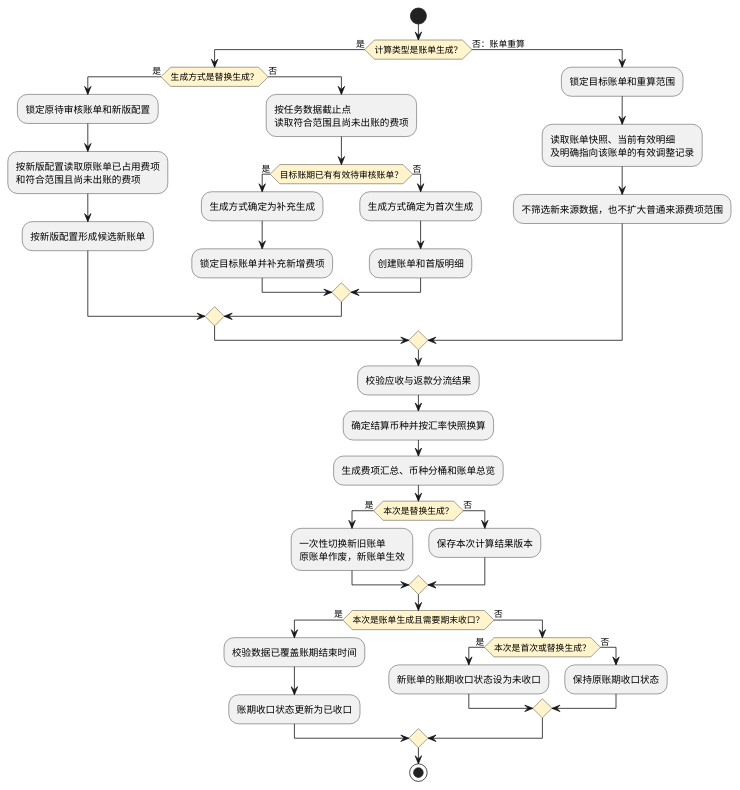
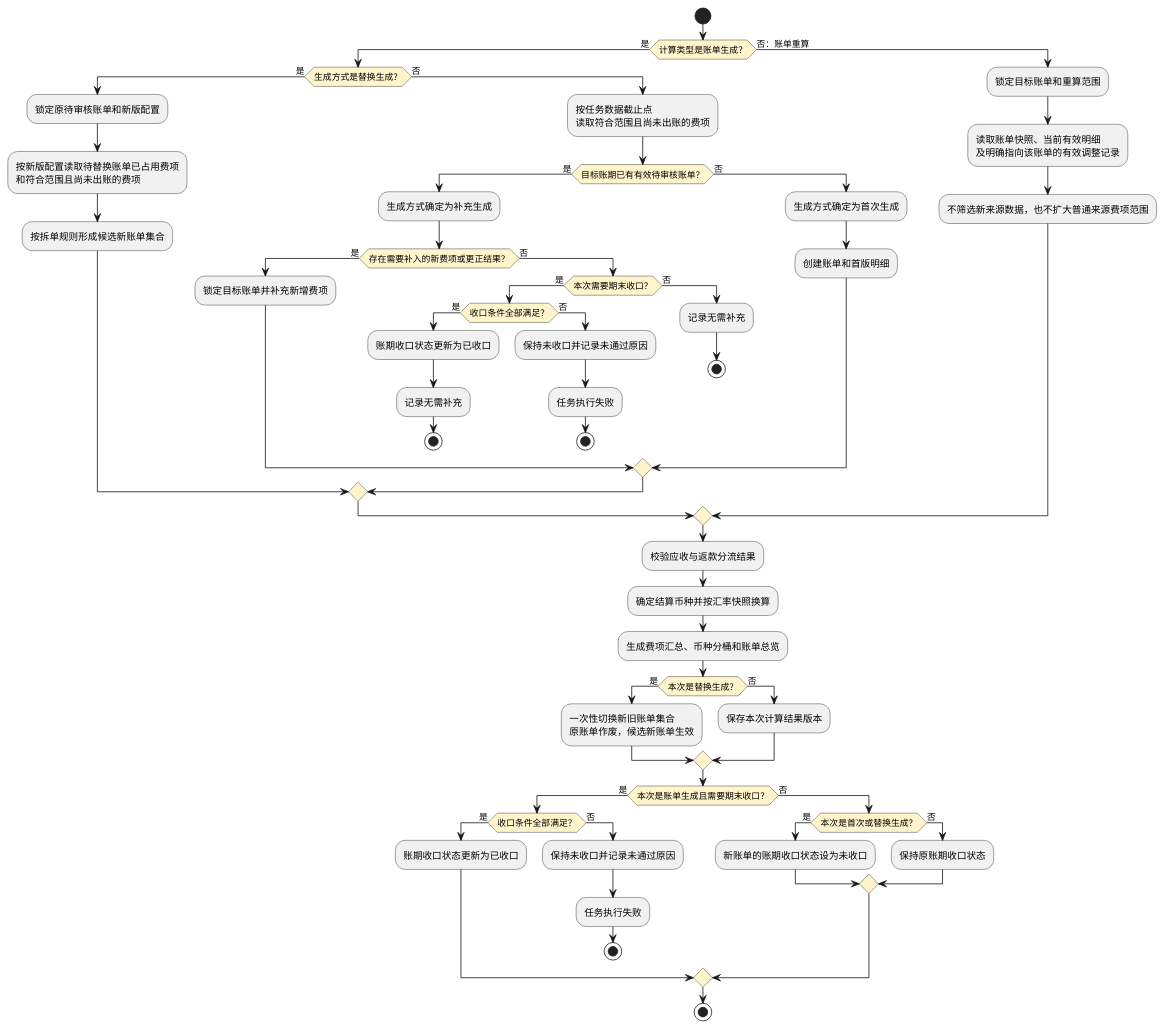
Before and after one commit to jack888332/projects-doc: the tenth of 19 diagrams in product-caliber/bms/prd/账单系统.PRD.md, drawn with PlantUML. The commit also changed other lines of this file, not shown here.

````diff
--- a/product-caliber/bms/prd/账单系统.PRD.md
+++ b/product-caliber/bms/prd/账单系统.PRD.md
@@ -1604,47 +1661,69 @@
 ```plantuml
 @startuml
 skinparam activityDiamondBackgroundColor #FFF4CC
 
 start
 if (计算类型是账单生成？) then (是)
   if (生成方式是替换生成？) then (是)
     :锁定原待审核账单和新版配置;
-    :按新版配置读取原账单已占用费项\n和符合范围且尚未出账的费项;
-    :按新版配置形成候选新账单;
+    :按新版配置读取待替换账单已占用费项\n和符合范围且尚未出账的费项;
+    :按拆单规则形成候选新账单集合;
   else (否)
     :按任务数据截止点\n读取符合范围且尚未出账的费项;
     if (目标账期已有有效待审核账单？) then (是)
       :生成方式确定为补充生成;
-      :锁定目标账单并补充新增费项;
+      if (存在需要补入的新费项或更正结果？) then (是)
+        :锁定目标账单并补充新增费项;
+      else (否)
+        if (本次需要期末收口？) then (是)
+          if (收口条件全部满足？) then (是)
+            :账期收口状态更新为已收口;
+            :记录无需补充;
+            stop
+          else (否)
+            :保持未收口并记录未通过原因;
+            :任务执行失败;
+            stop
+          endif
+        else (否)
+          :记录无需补充;
+          stop
+        endif
+      endif
     else (否)
       :生成方式确定为首次生成;
       :创建账单和首版明细;
     endif
   endif
 else (否：账单重算)
   :锁定目标账单和重算范围;
   :读取账单快照、当前有效明细\n及明确指向该账单的有效调整记录;
   :不筛选新来源数据，也不扩大普通来源费项范围;
 endif
 
 :校验应收与返款分流结果;
 :确定结算币种并按汇率快照换算;
 :生成费项汇总、币种分桶和账单总览;
 if (本次是替换生成？) then (是)
-  :一次性切换新旧账单\n原账单作废，新账单生效;
+  :一次性切换新旧账单集合\n原账单作废，候选新账单生效;
 else (否)
   :保存本次计算结果版本;
 endif
 if (本次是账单生成且需要期末收口？) then (是)
-  :校验数据已覆盖账期结束时间;
-  :账期收口状态更新为已收口;
+  if (收口条件全部满足？) then (是)
+    :账期收口状态更新为已收口;
+  else (否)
+    :保持未收口并记录未通过原因;
+    :任务执行失败;
+    stop
+  endif
 else (否)
   if (本次是首次或替换生成？) then (是)
     :新账单的账期收口状态设为未收口;
   else (否)
     :保持原账期收口状态;
   endif
 endif
 stop
 @enduml
 ```
````
